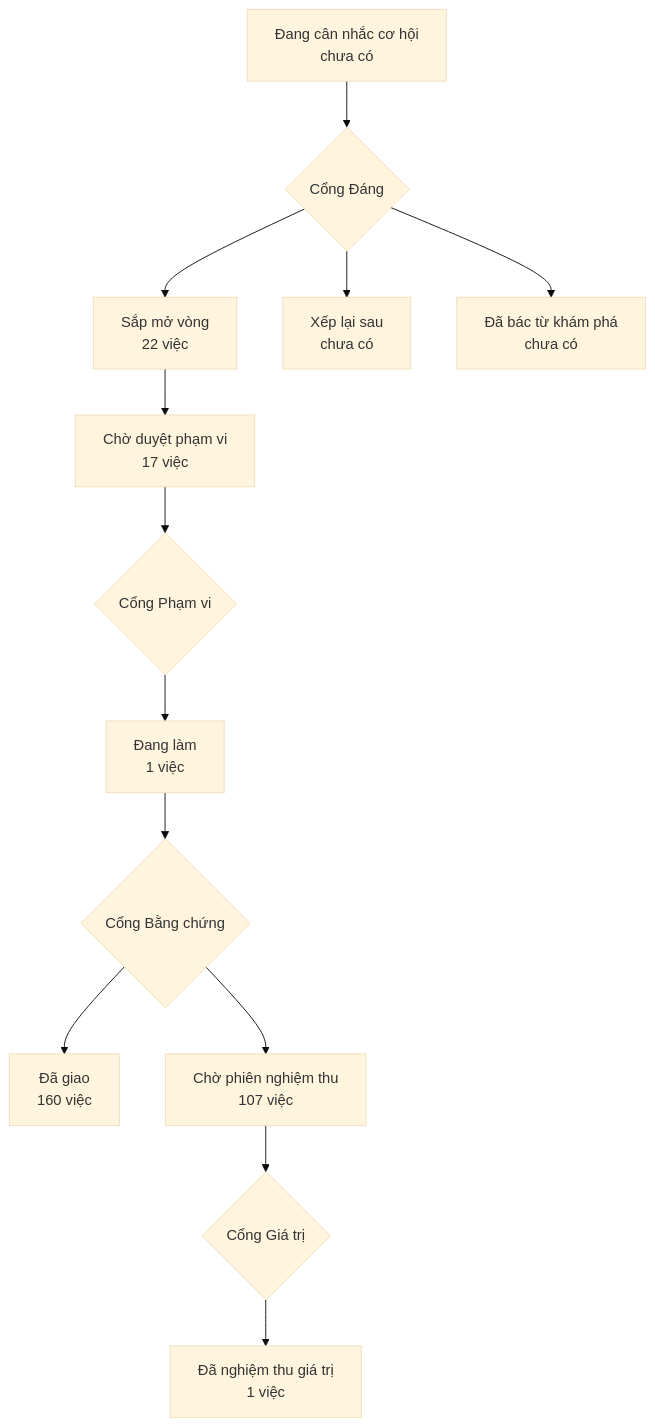
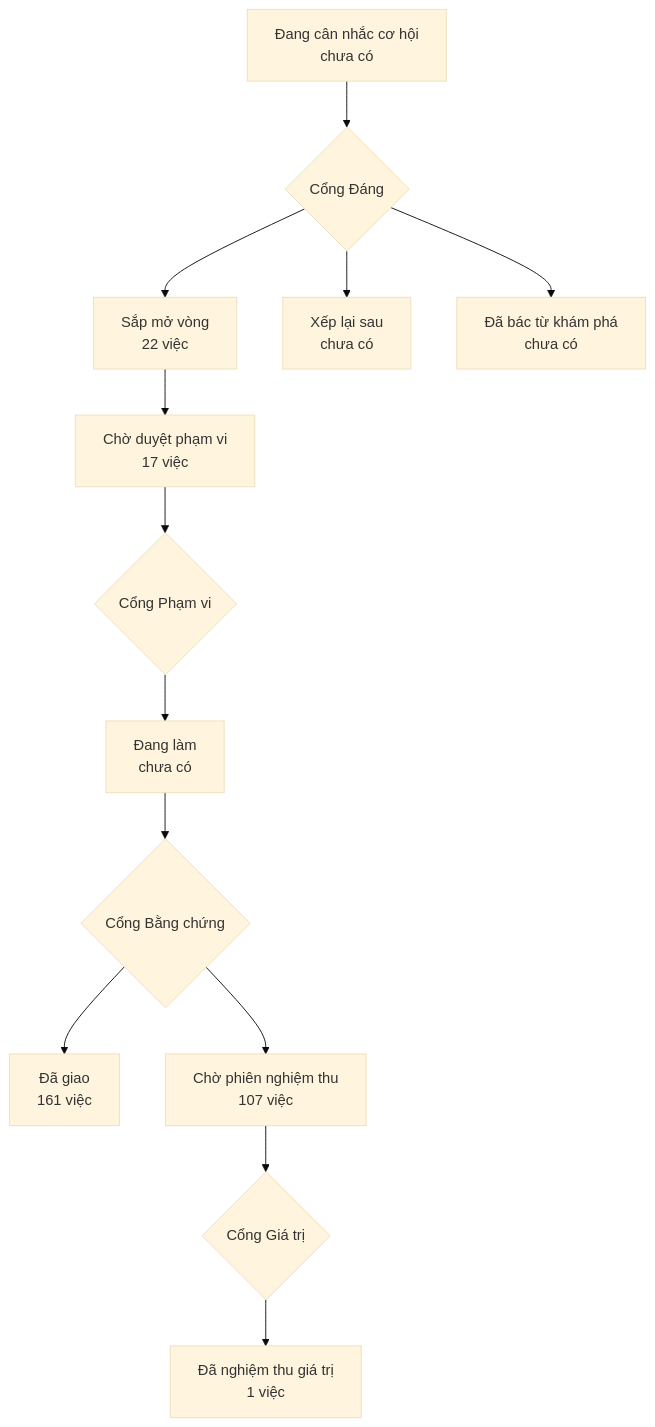
Before and after one commit to phanlemanh/onehub-invest: the diagram in PRODUCT-MAP.md, drawn with Mermaid (base theme). The commit also changed other lines of this file and 6 other files, not shown here.

````diff
--- a/PRODUCT-MAP.md
+++ b/PRODUCT-MAP.md
@@ -7,12 +7,12 @@
 ```mermaid
 flowchart TD
   A["Đang cân nhắc cơ hội<br/>chưa có"] --> GD{"Cổng Đáng"}
   GD --> B["Sắp mở vòng<br/>22 việc"]
   GD --> XL["Xếp lại sau<br/>chưa có"]
   GD --> DB["Đã bác từ khám phá<br/>chưa có"]
   B --> CD["Chờ duyệt phạm vi<br/>17 việc"] --> GP{"Cổng Phạm vi"}
-  GP --> DL["Đang làm<br/>1 việc"] --> GB{"Cổng Bằng chứng"}
-  GB --> DG["Đã giao<br/>160 việc"]
+  GP --> DL["Đang làm<br/>chưa có"] --> GB{"Cổng Bằng chứng"}
+  GB --> DG["Đã giao<br/>161 việc"]
   GB --> CN["Chờ phiên nghiệm thu<br/>107 việc"] --> GG{"Cổng Giá trị"}
   GG --> NT["Đã nghiệm thu giá trị<br/>1 việc"]
 ```
````
